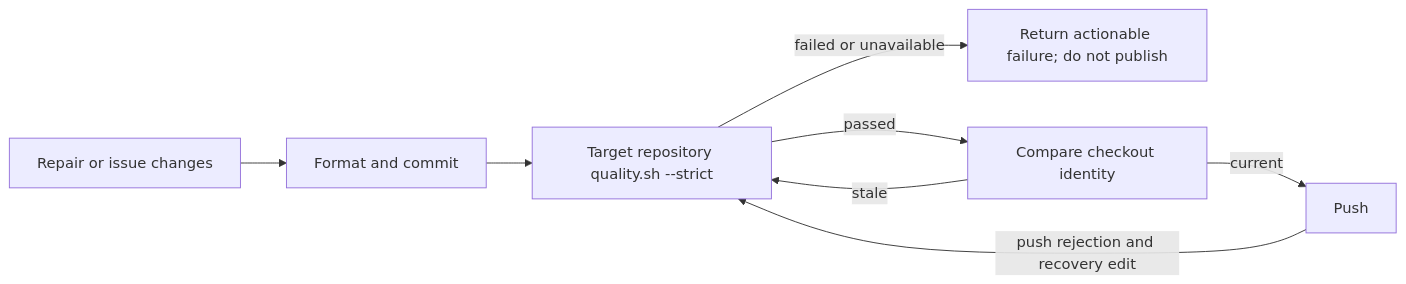
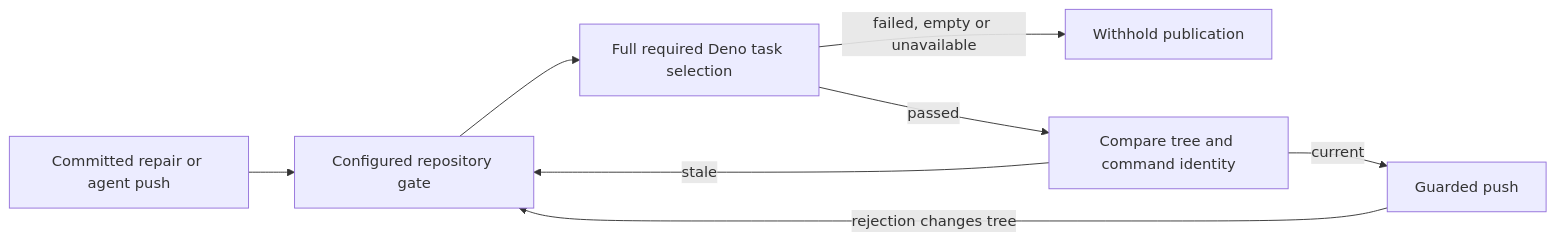
The diagram in docs/archive/pr-summaries/pr-summary-4625.md (stSoftwareAU/VibeCoder), drawn with Mermaid before and after one commit. The commit also changed other lines of this file and 29 other files, not shown here.

First line of the commit message:
Fix: close publication validation bypasses (Issue #4625)

````diff
--- a/docs/archive/pr-summaries/pr-summary-4625.md
+++ b/docs/archive/pr-summaries/pr-summary-4625.md
@@ -47,10 +59,10 @@
 ```mermaid
 flowchart LR
-    A[Repair or issue changes] --> B[Format and commit]
-    B --> C[Target repository quality.sh --strict]
-    C -->|failed or unavailable| D[Return actionable failure; do not publish]
-    C -->|passed| E[Compare checkout identity]
-    E -->|stale| C
-    E -->|current| F[Push]
-    F -->|push rejection and recovery edit| C
+    A[Committed repair or agent push] --> B[Configured repository gate]
+    B --> C[Full required Deno task selection]
+    C -->|failed, empty or unavailable| D[Withhold publication]
+    C -->|passed| E[Compare tree and command identity]
+    E -->|stale| B
+    E -->|current| F[Guarded push]
+    F -->|rejection changes tree| B
 ```
````
